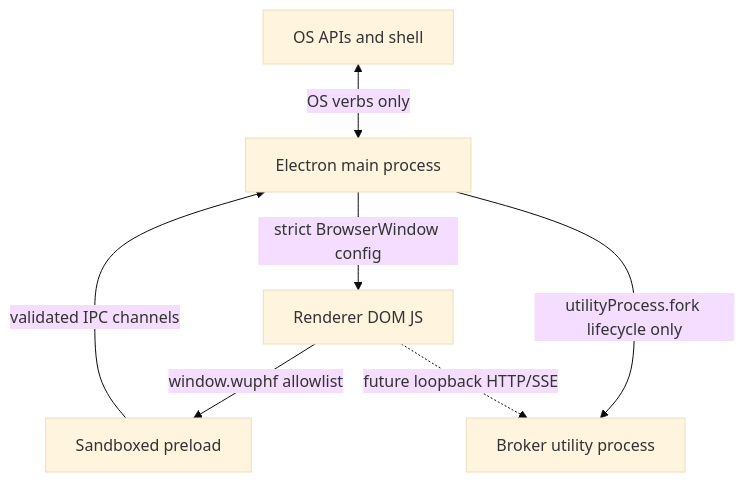
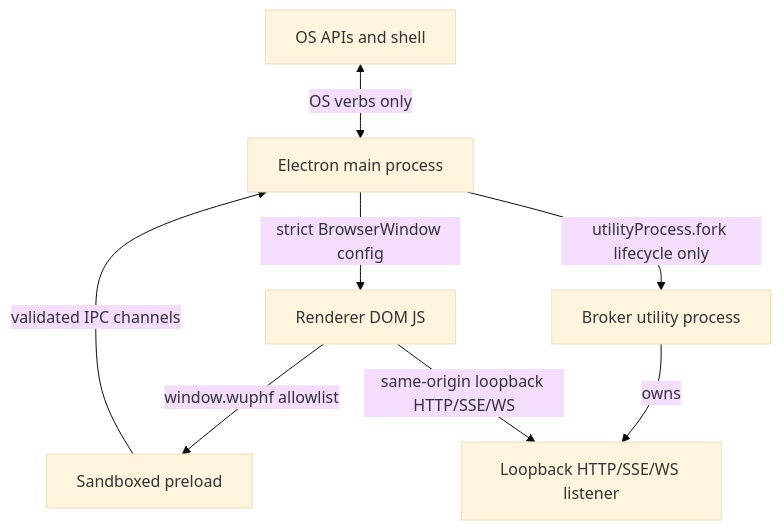
Before and after one commit to nex-crm/wuphf: the diagram in apps/desktop/docs/modules/security-model.md, drawn with Mermaid (base theme). The commit also changed other lines of this file and 47 other files, not shown here.

````diff
--- a/apps/desktop/docs/modules/security-model.md
+++ b/apps/desktop/docs/modules/security-model.md
@@ -5,15 +5,17 @@
 ```mermaid
 flowchart TB
   os[OS APIs and shell]
   main[Electron main process]
   preload[Sandboxed preload]
   renderer[Renderer DOM JS]
   broker[Broker utility process]
+  listener[Loopback HTTP/SSE/WS listener]
 
   os <-->|OS verbs only| main
   main -->|strict BrowserWindow config| renderer
   renderer -->|window.wuphf allowlist| preload
   preload -->|validated IPC channels| main
   main -->|utilityProcess.fork lifecycle only| broker
-  renderer -. future loopback HTTP/SSE .-> broker
+  broker -->|owns| listener
+  renderer -->|same-origin loopback HTTP/SSE/WS| listener
 ```
````
